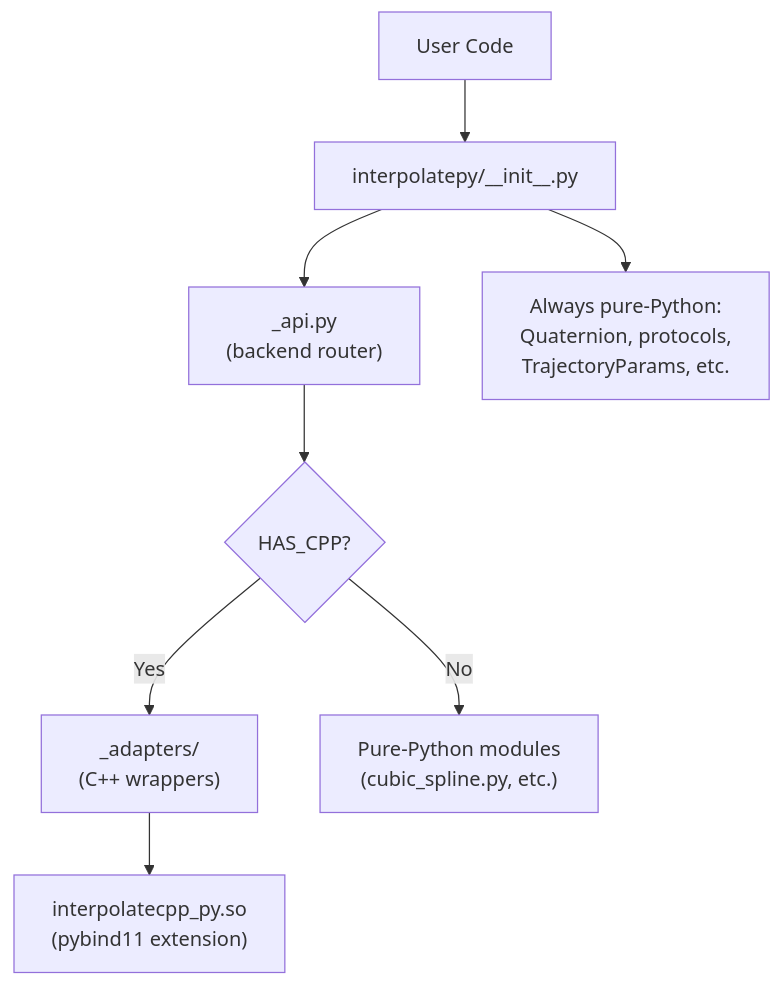
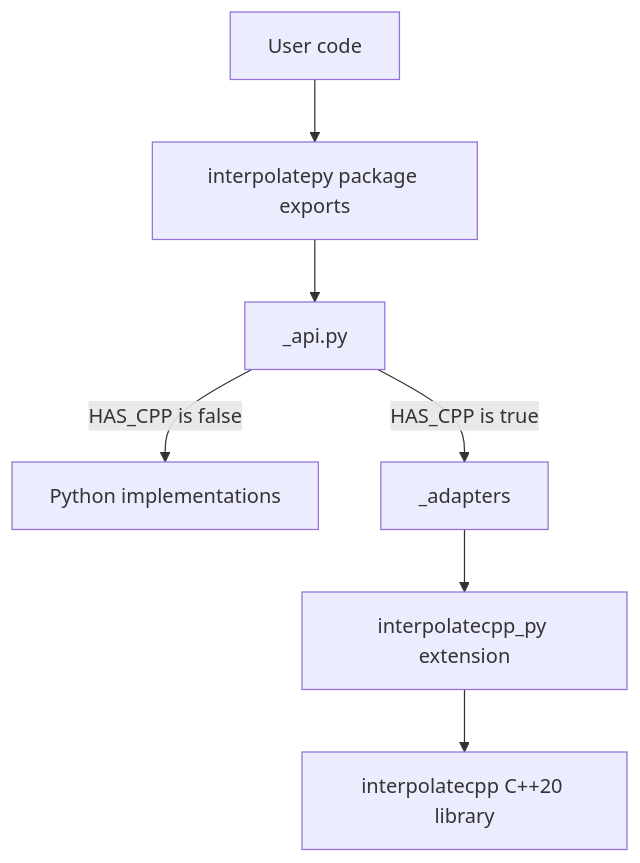
Before and after one commit to GiorgioMedico/InterpolatePy: the diagram in docs/architecture.md, drawn with Mermaid. The commit also changed other lines of this file and 28 other files, not shown here.

````diff
--- a/docs/architecture.md
+++ b/docs/architecture.md
@@ -7,10 +7,9 @@
 ```mermaid
-graph TD
-    User["User Code"] --> Init["interpolatepy/__init__.py"]
-    Init --> API["_api.py<br/>(backend router)"]
-    API --> Check{"HAS_CPP?"}
-    Check -->|Yes| Adapters["_adapters/<br/>(C++ wrappers)"]
-    Check -->|No| Python["Pure-Python modules<br/>(cubic_spline.py, etc.)"]
-    Adapters --> CPP["interpolatecpp_py.so<br/>(pybind11 extension)"]
-    Init --> PureOnly["Always pure-Python:<br/>Quaternion, protocols,<br/>TrajectoryParams, etc."]
+flowchart TD
+    User[User code] --> Public[interpolatepy package exports]
+    Public --> Router[_api.py]
+    Router -->|HAS_CPP is false| Python[Python implementations]
+    Router -->|HAS_CPP is true| Adapters[_adapters]
+    Adapters --> Extension[interpolatecpp_py extension]
+    Extension --> Library[interpolatecpp C++20 library]
 ```
````
